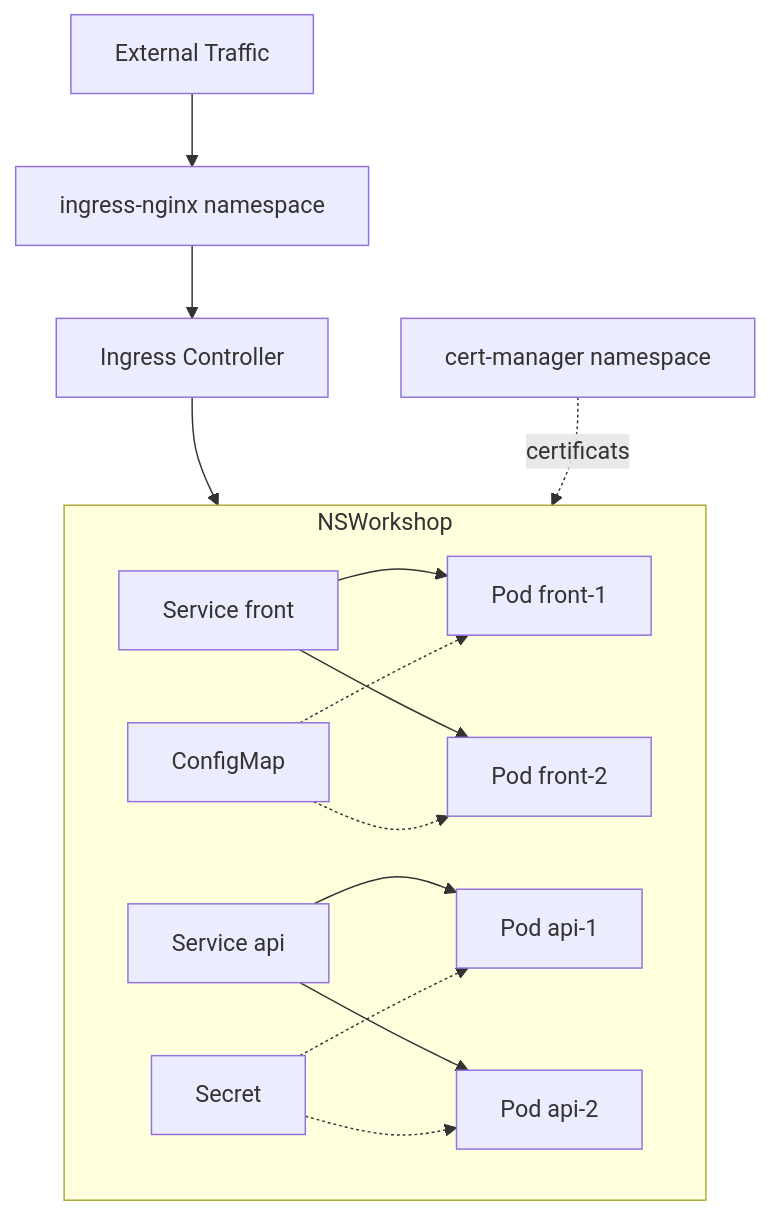
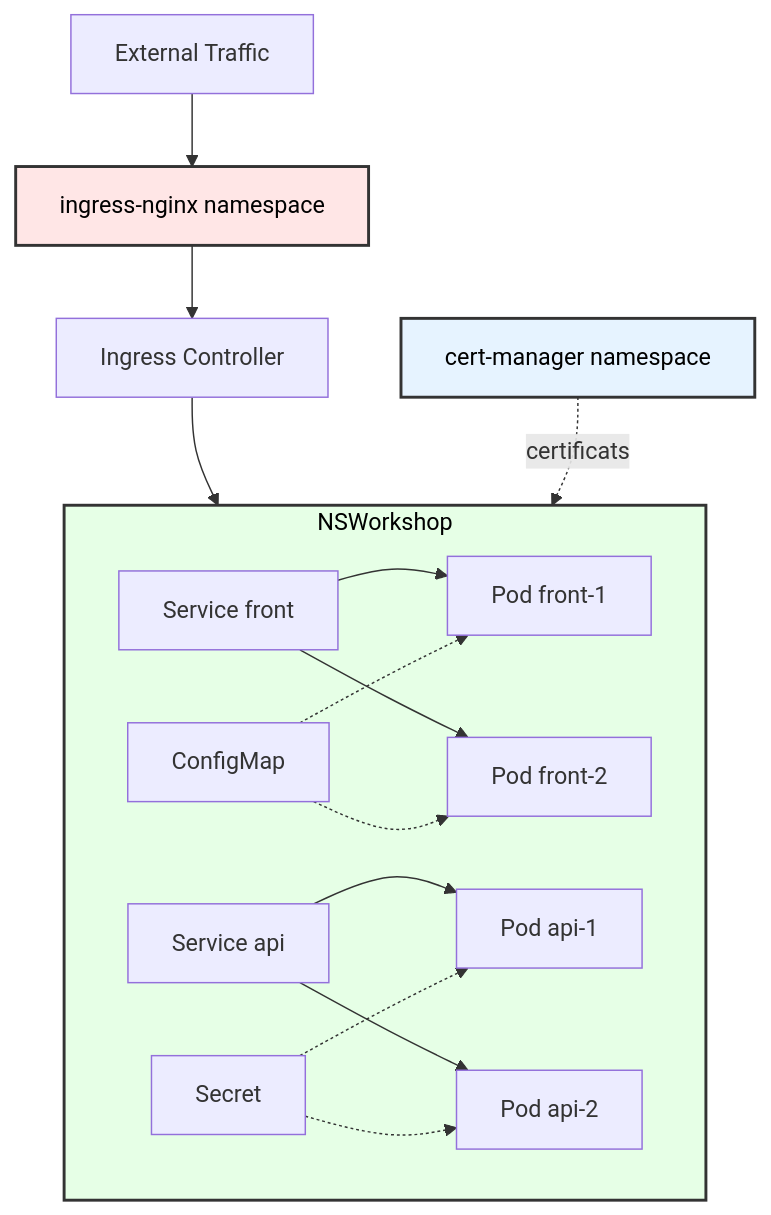
Before and after one commit to MPFabio/S4-Ingress-TLS-Config-Secrets: the ninth of 9 diagrams in ARCHITECTURE.md, drawn with Mermaid. The commit also changed other lines of this file and 1 other file, not shown here.

Commit message:
Improve diagram readability with lighter colors

````diff
--- a/ARCHITECTURE.md
+++ b/ARCHITECTURE.md
@@ -292,29 +327,33 @@
 ```mermaid
 flowchart TB
     External[External Traffic] --> NSIngress[ingress-nginx namespace]
     NSIngress --> Ingress[Ingress Controller]
     
     Ingress --> NSWorkshop[workshop namespace]
     
     subgraph NSWorkshop
         SvcF[Service front]
         SvcA[Service api]
         PF1[Pod front-1]
         PF2[Pod front-2]
         PA1[Pod api-1]
         PA2[Pod api-2]
         CM[ConfigMap]
         S[Secret]
         
         SvcF --> PF1
         SvcF --> PF2
         SvcA --> PA1
         SvcA --> PA2
         CM -.-> PF1
         CM -.-> PF2
         S -.-> PA1
         S -.-> PA2
     end
     
     NSCert[cert-manager namespace] -.certificats.-> NSWorkshop
+    
+    style NSWorkshop fill:#e6ffe6,stroke:#333,stroke-width:2px,color:#000
+    style NSIngress fill:#ffe6e6,stroke:#333,stroke-width:2px,color:#000
+    style NSCert fill:#e6f3ff,stroke:#333,stroke-width:2px,color:#000
 ```
````
